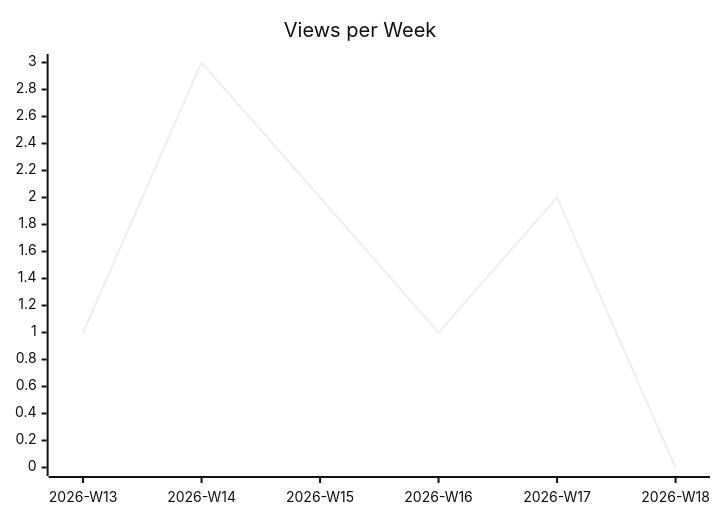
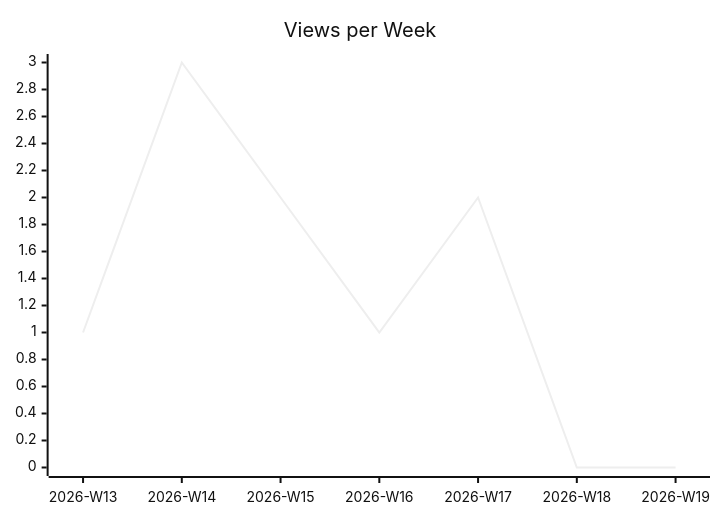
One commit to justdavis-family/github-analytics-data changed the second of 3 diagrams in karlmdavis/fhir-benchmarks/README.md. Above: the diagram before and after it, drawn with Mermaid (neutral theme). The commit also changed other lines of this file and 187 other files, not shown here.

````diff
--- a/karlmdavis/fhir-benchmarks/README.md
+++ b/karlmdavis/fhir-benchmarks/README.md
@@ -12,6 +12,6 @@
 ```mermaid
 xychart-beta
   title "Views per Week"
-  x-axis ["2026-W13", "2026-W14", "2026-W15", "2026-W16", "2026-W17", "2026-W18"]
-  line [1, 3, 2, 1, 2, 0]
+  x-axis ["2026-W13", "2026-W14", "2026-W15", "2026-W16", "2026-W17", "2026-W18", "2026-W19"]
+  line [1, 3, 2, 1, 2, 0, 0]
 ```
````
